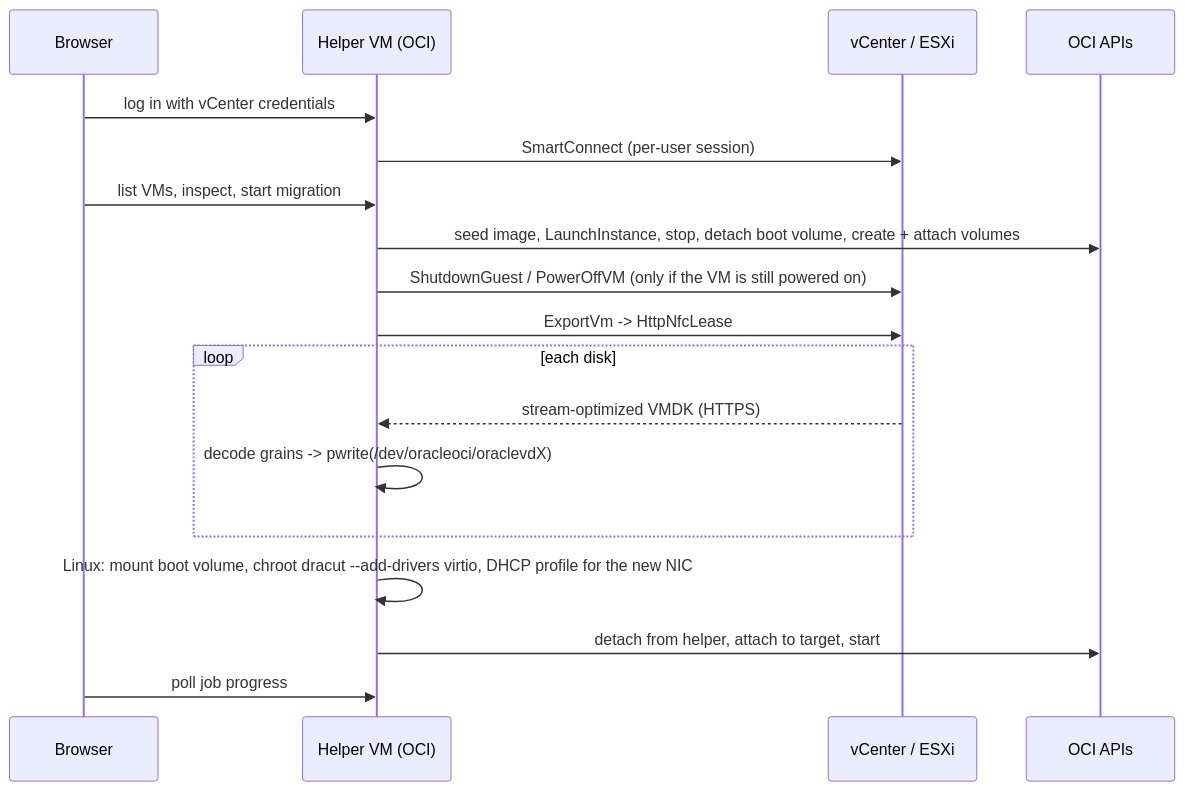
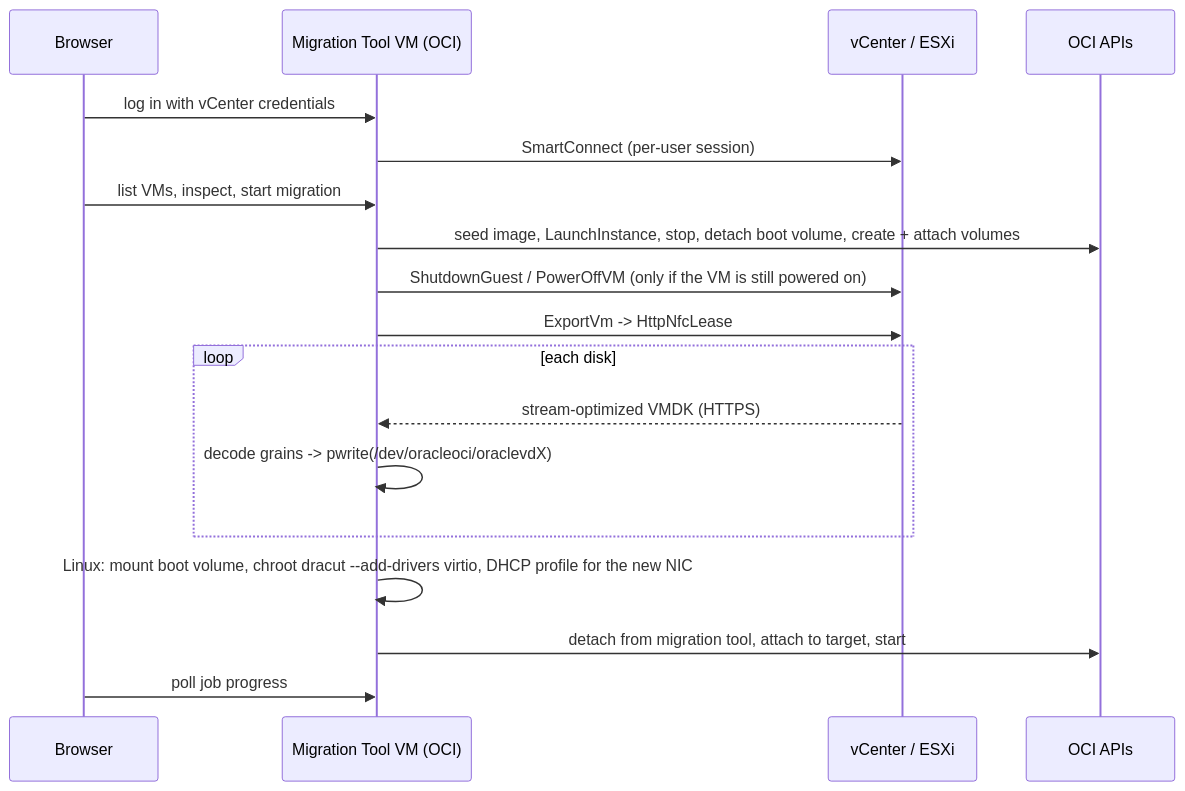
Before and after one commit to RichardORCL/vmware-migration-helper: the diagram in docs/how-it-works.md, drawn with Mermaid. The commit also changed other lines of this file and 33 other files, not shown here.

First line of the commit message:
Rename to OCI Ultimate Migration Tool (display names only)

````diff
--- a/docs/how-it-works.md
+++ b/docs/how-it-works.md
@@ -32,20 +32,20 @@
 ```mermaid
 sequenceDiagram
     participant B as Browser
-    participant H as Helper VM (OCI)
+    participant H as Migration Tool VM (OCI)
     participant VC as vCenter / ESXi
     participant OCI as OCI APIs
     B->>H: log in with vCenter credentials
     H->>VC: SmartConnect (per-user session)
     B->>H: list VMs, inspect, start migration
     H->>OCI: seed image, LaunchInstance, stop, detach boot volume, create + attach volumes
     H->>VC: ShutdownGuest / PowerOffVM (only if the VM is still powered on)
     H->>VC: ExportVm -> HttpNfcLease
     loop each disk
         VC-->>H: stream-optimized VMDK (HTTPS)
         H->>H: decode grains -> pwrite(/dev/oracleoci/oraclevdX)
     end
     H->>H: Linux: mount boot volume, chroot dracut --add-drivers virtio, DHCP profile for the new NIC
-    H->>OCI: detach from helper, attach to target, start
+    H->>OCI: detach from migration tool, attach to target, start
     B->>H: poll job progress
 ```
````
